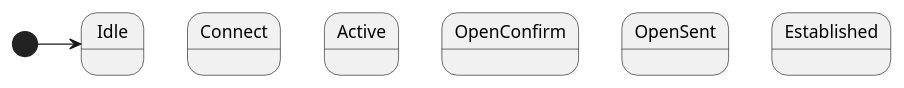
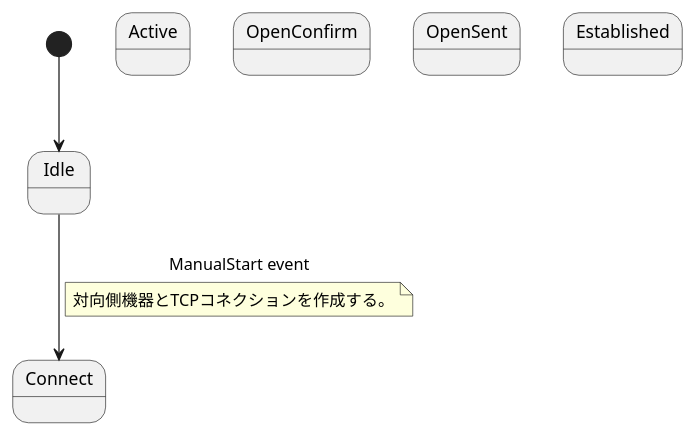
Before and after one commit to Miyoshi-Ryota/how-to-create-bgp: the third of 4 diagrams in howtocreatebgpd.adoc, drawn with PlantUML. The commit also changed other lines of this file, not shown here.

Commit message:
ちょっと図を書いてみた

```diff
--- a/howtocreatebgpd.adoc
+++ b/howtocreatebgpd.adoc
@@ -303,14 +305,19 @@
-[plantuml]
+[plantuml,title="第一段階で実装するステートマシン"]
 ----
 @startuml
 
 state Idle
 state Connect
 state Active
 state OpenConfirm
 state OpenSent
 state Established
 
-[*] -> Idle
+[*] --> Idle
+Idle --> Connect : ManualStart event
+note on link
+   対向側機器とTCPコネクションを作成する。
+end note
+
 @enduml
 ----
```
